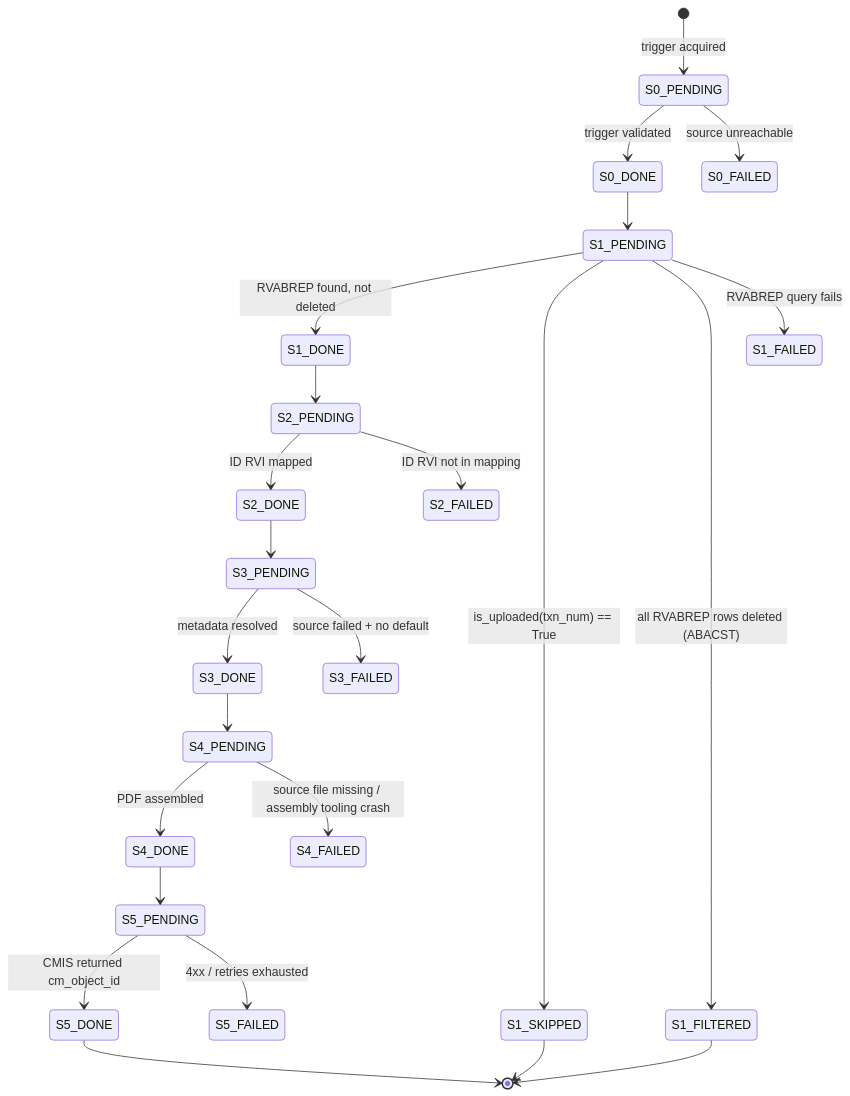
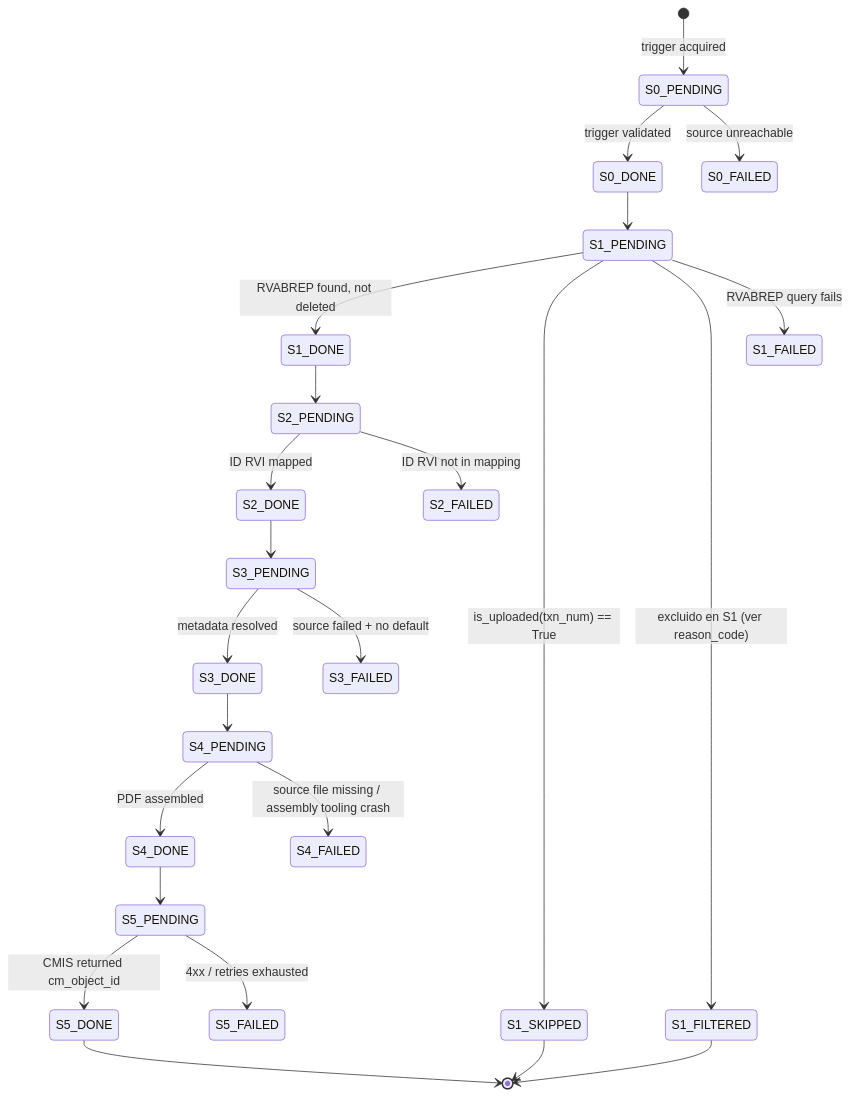
Before and after one commit to bitbreaker01/CMCourier: the first of 2 diagrams in docs/explanation/idempotency-and-retries.md, drawn with Mermaid. The commit also changed other lines of this file and 4 other files, not shown here.

````diff
--- a/docs/explanation/idempotency-and-retries.md
+++ b/docs/explanation/idempotency-and-retries.md
@@ -47,32 +47,32 @@
 ```mermaid
 stateDiagram-v2
     [*] --> S0_PENDING: trigger acquired
     S0_PENDING --> S0_DONE: trigger validated
     S0_PENDING --> S0_FAILED: source unreachable
 
     S0_DONE --> S1_PENDING
     S1_PENDING --> S1_DONE: RVABREP found, not deleted
     S1_PENDING --> S1_SKIPPED: is_uploaded(txn_num) == True
-    S1_PENDING --> S1_FILTERED: all RVABREP rows deleted (ABACST)
+    S1_PENDING --> S1_FILTERED: excluido en S1 (ver reason_code)
     S1_PENDING --> S1_FAILED: RVABREP query fails
 
     S1_DONE --> S2_PENDING
     S2_PENDING --> S2_DONE: ID RVI mapped
     S2_PENDING --> S2_FAILED: ID RVI not in mapping
 
     S2_DONE --> S3_PENDING
     S3_PENDING --> S3_DONE: metadata resolved
     S3_PENDING --> S3_FAILED: source failed + no default
 
     S3_DONE --> S4_PENDING
     S4_PENDING --> S4_DONE: PDF assembled
     S4_PENDING --> S4_FAILED: source file missing / assembly tooling crash
 
     S4_DONE --> S5_PENDING
     S5_PENDING --> S5_DONE: CMIS returned cm_object_id
     S5_PENDING --> S5_FAILED: 4xx / retries exhausted
 
     S5_DONE --> [*]
     S1_SKIPPED --> [*]
     S1_FILTERED --> [*]
 ```
````
